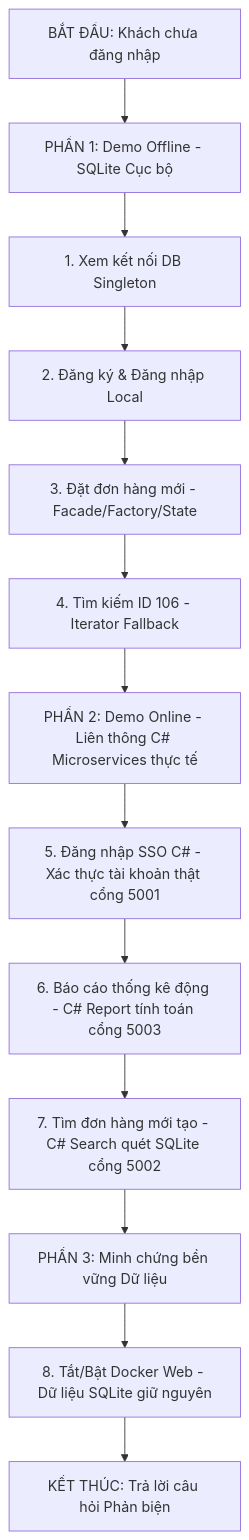
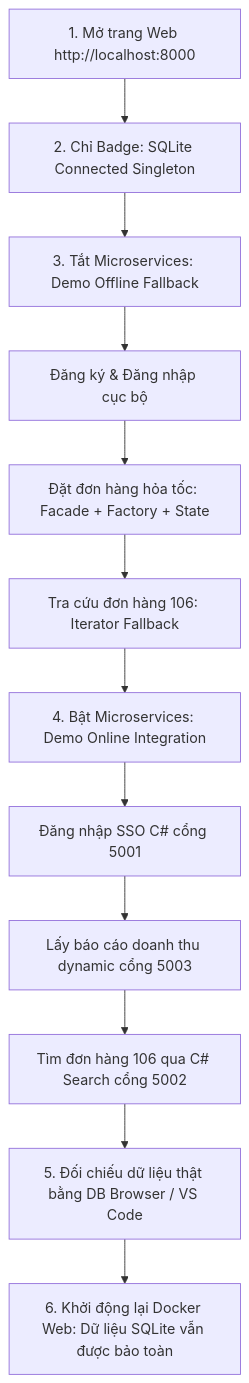
The diagram in Project/DEMO_GUIDE.md (DYBInh2k5/Kien_Truc_Phan_Mem_Test), drawn with Mermaid before and after one commit. The commit also changed other lines of this file and 12 other files, not shown here.

Commit message:
docs: update detailed presentation guide, demo guide and code comments

````diff
--- a/Project/DEMO_GUIDE.md
+++ b/Project/DEMO_GUIDE.md
@@ -45,17 +38,16 @@
 ```mermaid
-graph TD
-    A[BẮT ĐẦU: Khách chưa đăng nhập] --> B[PHẦN 1: Demo Offline - SQLite Cục bộ]
-    B --> B1[1. Xem kết nối DB Singleton]
-    B1 --> B2[2. Đăng ký & Đăng nhập Local]
-    B2 --> B3[3. Đặt đơn hàng mới - Facade/Factory/State]
-    B3 --> B4[4. Tìm kiếm ID 106 - Iterator Fallback]
+flowchart TD
+    A[1. Mở trang Web http://localhost:8000] --> B[2. Chỉ Badge: SQLite Connected Singleton]
+    B --> C[3. Tắt Microservices: Demo Offline Fallback]
+    C --> C1[Đăng ký & Đăng nhập cục bộ]
+    C1 --> C2[Đặt đơn hàng hỏa tốc: Facade + Factory + State]
+    C2 --> C3[Tra cứu đơn hàng 106: Iterator Fallback]
     
-    B4 --> C[PHẦN 2: Demo Online - Liên thông C# Microservices thực tế]
-    C --> C1[5. Đăng nhập SSO C# - Xác thực tài khoản thật cổng 5001]
-    C1 --> C2[6. Báo cáo thống kê động - C# Report tính toán cổng 5003]
-    C2 --> C3[7. Tìm đơn hàng mới tạo - C# Search quét SQLite cổng 5002]
+    C3 --> D[4. Bật Microservices: Demo Online Integration]
+    D --> D1[Đăng nhập SSO C# cổng 5001]
+    D1 --> D2[Lấy báo cáo doanh thu dynamic cổng 5003]
+    D2 --> D3[Tìm đơn hàng 106 qua C# Search cổng 5002]
     
-    C3 --> D[PHẦN 3: Minh chứng bền vững Dữ liệu]
-    D --> D1[8. Tắt/Bật Docker Web - Dữ liệu SQLite giữ nguyên]
-    D1 --> E[KẾT THÚC: Trả lời câu hỏi Phản biện]
+    D3 --> E[5. Đối chiếu dữ liệu thật bằng DB Browser / VS Code]
+    E --> F[6. Khởi động lại Docker Web: Dữ liệu SQLite vẫn được bảo toàn]
 ```
````
